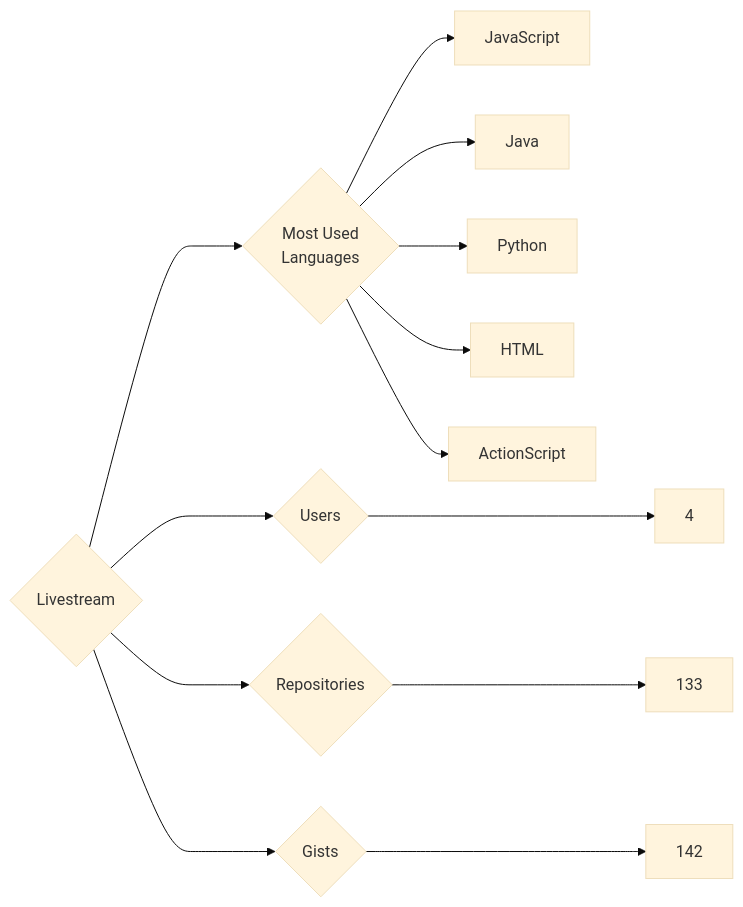
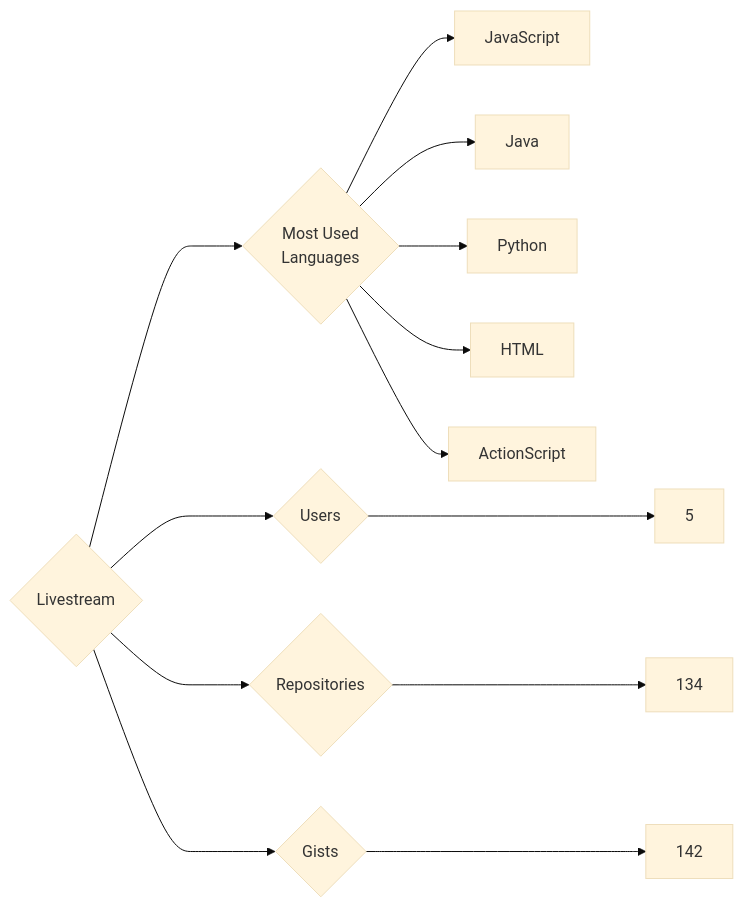
Before and after one commit to trickest/insiders: the diagram in targets/Livestream/README.md, drawn with Mermaid (base theme). The commit also changed 882 other files, not shown here.

````diff
--- a/targets/Livestream/README.md
+++ b/targets/Livestream/README.md
@@ -3,13 +3,13 @@
 ```mermaid
 graph LR
 COMPANY_NAME{Livestream}
-COMPANY_NAME ---> U{Users} ---> UN[4]
-COMPANY_NAME ---> R{Repositories} ---> RN[133]
+COMPANY_NAME ---> U{Users} ---> UN[5]
+COMPANY_NAME ---> R{Repositories} ---> RN[134]
 COMPANY_NAME ---> G{Gists} ---> GN[142]
 COMPANY_NAME ---> ML{Most Used<br>Languages}
 ML --> JavaScript[JavaScript]
 ML --> Java[Java]
 ML --> Python[Python]
 ML --> HTML[HTML]
 ML --> ActionScript[ActionScript]
 ```
````
